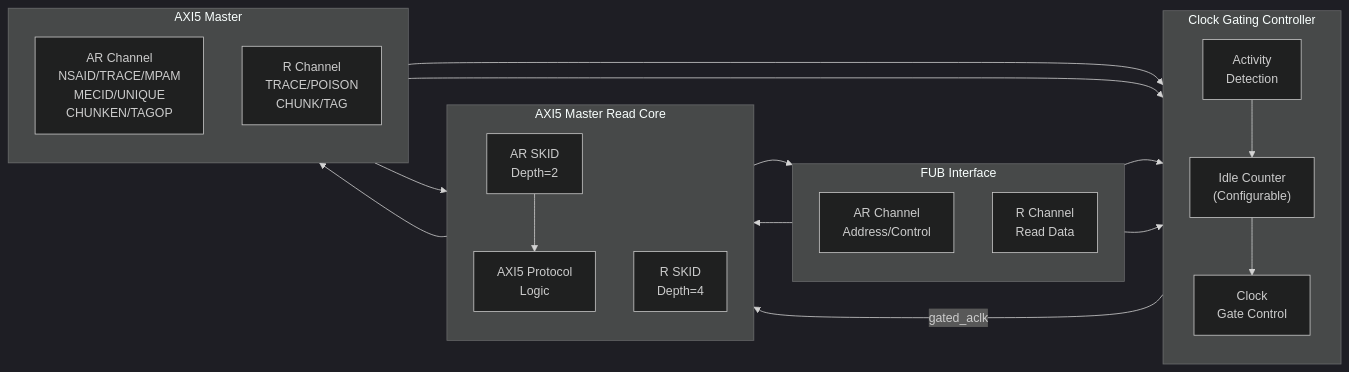
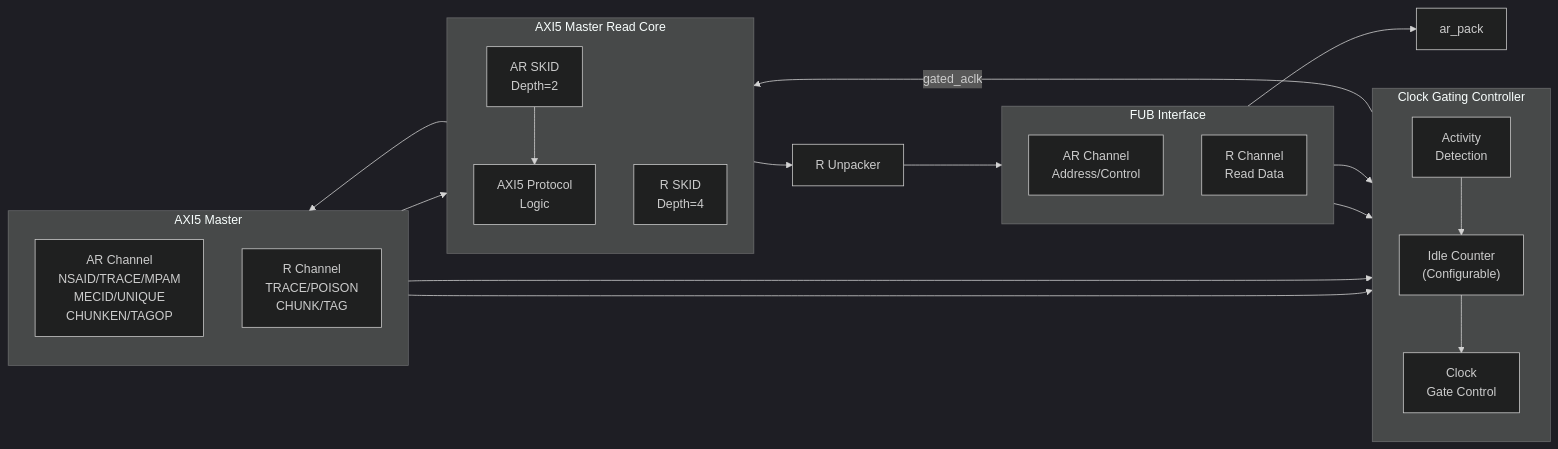
The diagram in docs/markdown/rtl-amba/axi5/axi5_master_rd_cg.md (sean-galloway/RTLDesignSherpa), drawn with Mermaid (dark theme) before and after one commit. The commit also changed 27 other files, not shown here.

````diff
--- a/docs/markdown/rtl-amba/axi5/axi5_master_rd_cg.md
+++ b/docs/markdown/rtl-amba/axi5/axi5_master_rd_cg.md
@@ -62,44 +62,45 @@
 ```mermaid
 flowchart LR
     subgraph FUB["FUB Interface"]
         direction TB
         fub_ar["AR Channel<br/>Address/Control"]
         fub_r["R Channel<br/>Read Data"]
     end
 
     subgraph CG["Clock Gating Controller"]
         direction TB
         activity["Activity<br/>Detection"]
         idle_cnt["Idle Counter<br/>(Configurable)"]
         gate_ctrl["Clock<br/>Gate Control"]
     end
 
     subgraph CORE["AXI5 Master Read Core"]
         direction TB
         ar_skid["AR SKID<br/>Depth=2"]
         r_skid["R SKID<br/>Depth=4"]
         axi5_core["AXI5 Protocol<br/>Logic"]
     end
 
     subgraph AXI["AXI5 Master"]
         direction TB
         m_ar["AR Channel<br/>NSAID/TRACE/MPAM<br/>MECID/UNIQUE<br/>CHUNKEN/TAGOP"]
         m_r["R Channel<br/>TRACE/POISON<br/>CHUNK/TAG"]
     end
 
     fub_ar --> activity
     fub_r --> activity
     m_ar --> activity
     m_r --> activity
 
     activity --> idle_cnt
     idle_cnt --> gate_ctrl
     gate_ctrl -->|gated_aclk| axi5_core
 
-    fub_ar --> ar_skid
+    fub_ar --> ar_pack
     ar_skid --> axi5_core
     axi5_core --> m_ar
 
     m_r --> r_skid
-    r_skid --> fub_r
+    r_skid --> r_unpack["R Unpacker"]
+    r_unpack --> fub_r
 ```
````
